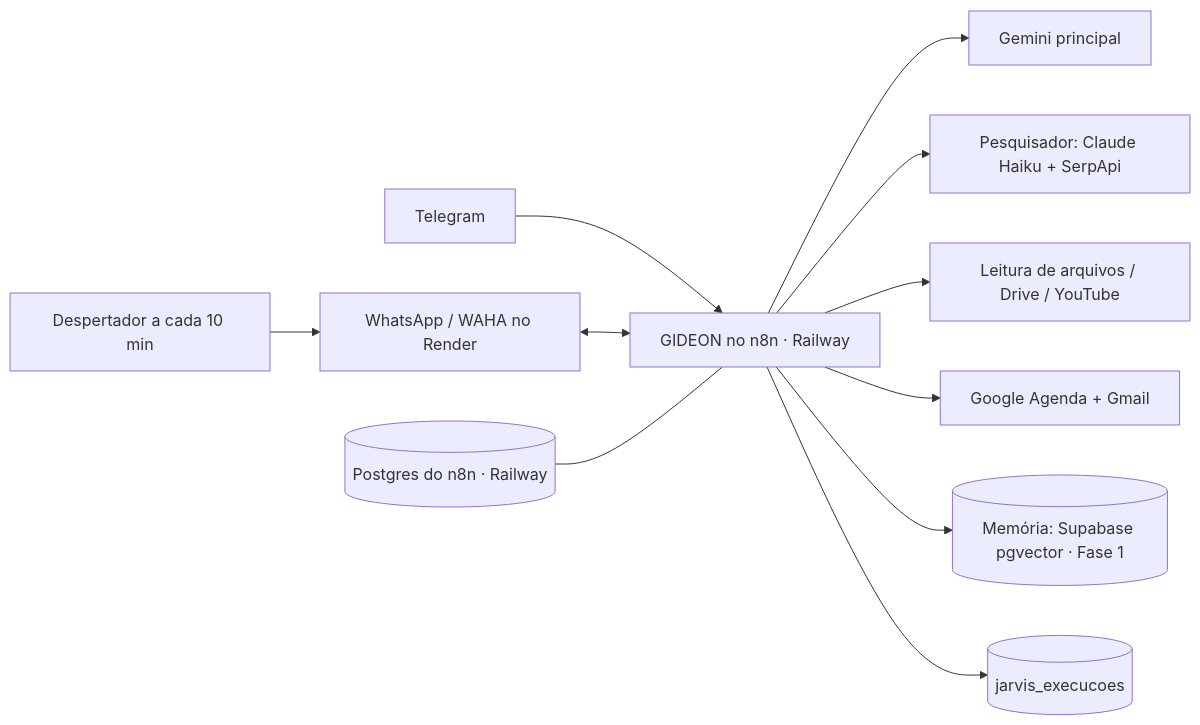
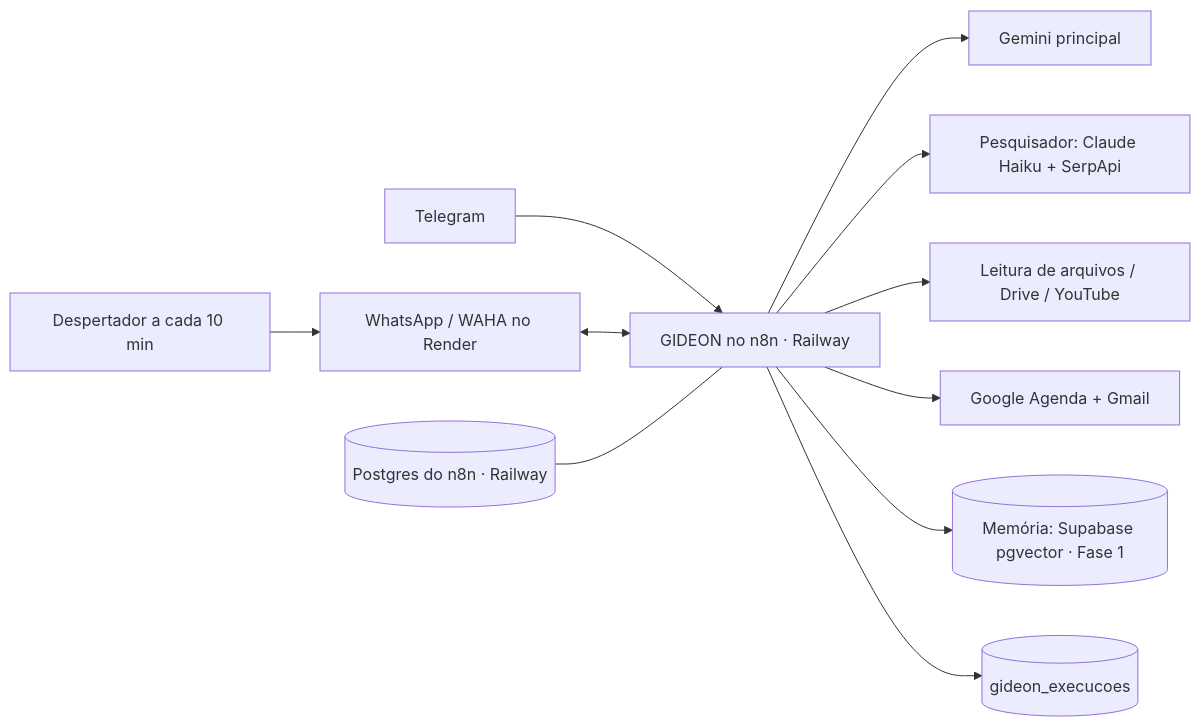
One commit to MauricioSUprir/teste changed the diagram in gideon/docs/arquitetura.md. Above: the diagram before and after it, drawn with Mermaid. The commit also changed other lines of this file and 9 other files, not shown here.

First line of the commit message:
docs(gideon): plano completo dos 9 projetos, Supabase gideon e tabela gideon_execucoes

````diff
--- a/gideon/docs/arquitetura.md
+++ b/gideon/docs/arquitetura.md
@@ -30,13 +31,13 @@
 ```mermaid
 flowchart LR
   TG[Telegram] --> J[GIDEON no n8n · Railway]
   WA[WhatsApp / WAHA no Render] <--> J
   J --> G[Gemini principal]
   J --> P[Pesquisador: Claude Haiku + SerpApi]
   J --> F[Leitura de arquivos / Drive / YouTube]
   J --> GC[Google Agenda + Gmail]
   J --> M[(Memória: Supabase pgvector · Fase 1)]
-  J --> X[(jarvis_execucoes)]
+  J --> X[(gideon_execucoes)]
   D[Despertador a cada 10 min] --> WA
   PG[(Postgres do n8n · Railway)] --- J
 ```
````
